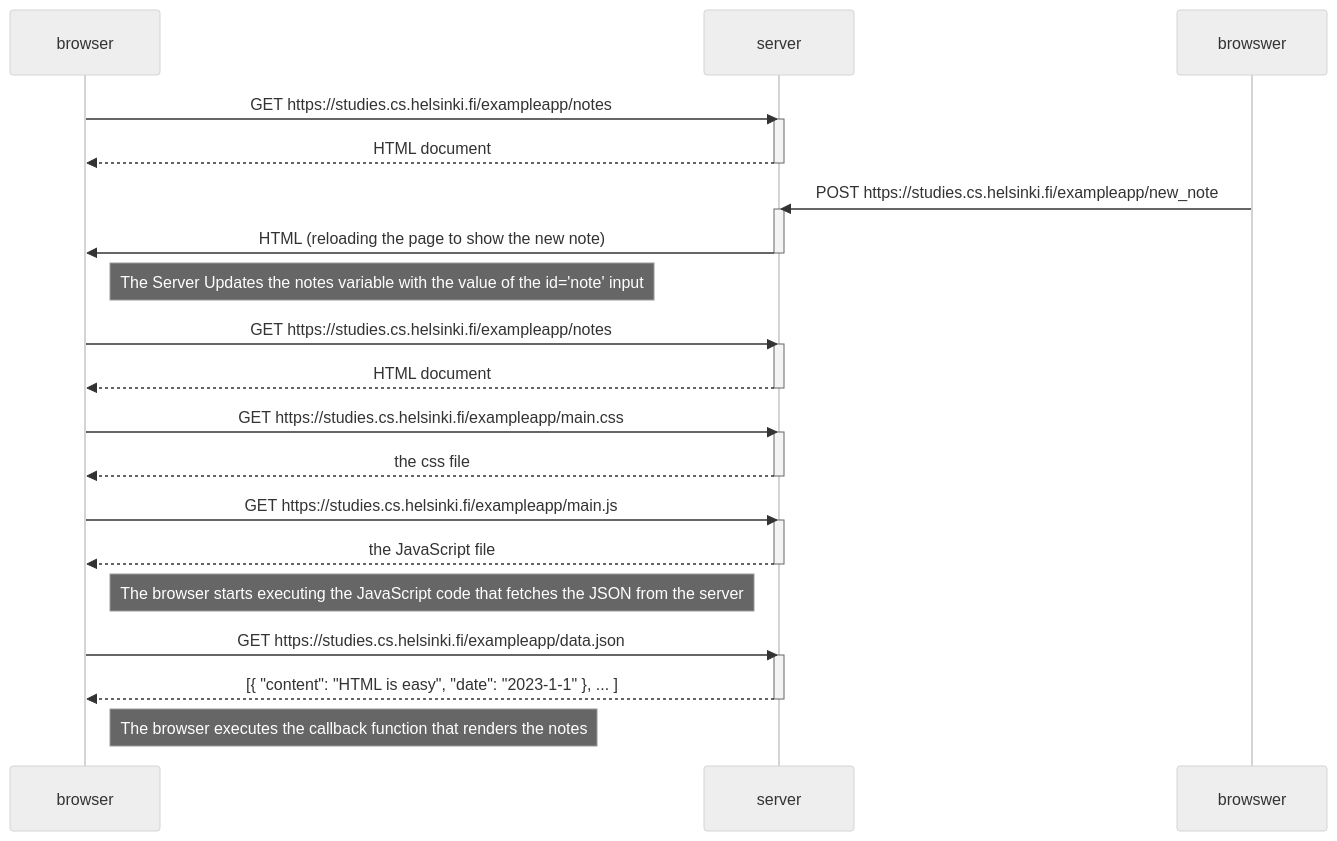
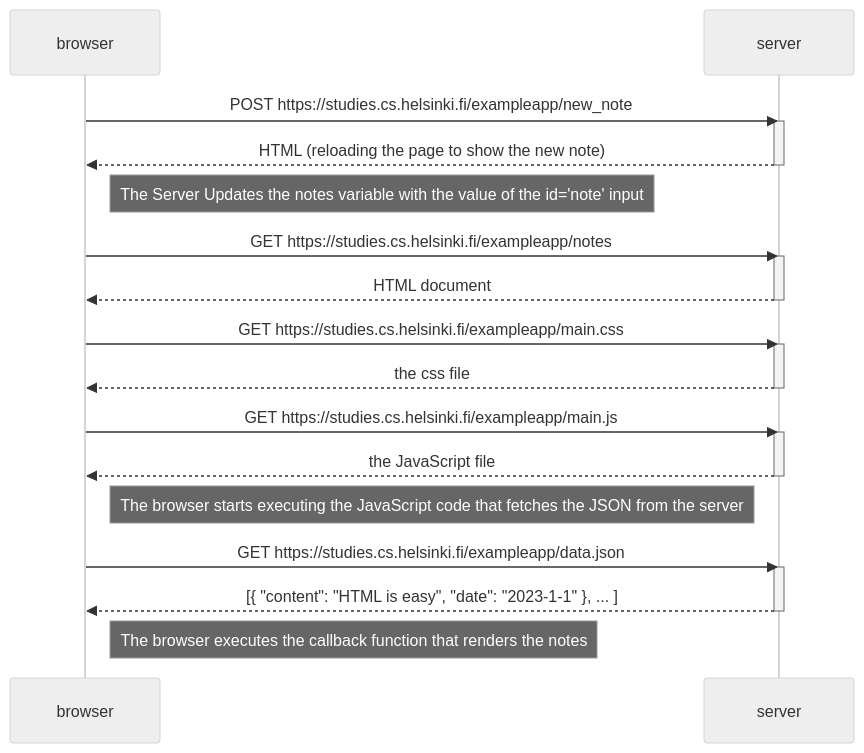
One commit to aeronjay/FSO-Submissions changed the diagram in part0/0.4-NewNoteDiagram.md. Above: the diagram before and after it, drawn with Mermaid (neutral theme).

````diff
--- a/part0/0.4-NewNoteDiagram.md
+++ b/part0/0.4-NewNoteDiagram.md
@@ -1,42 +1,37 @@
 ```mermaid
 sequenceDiagram
     participant browser
     participant server
 
-    browser->>server: GET https://studies.cs.helsinki.fi/exampleapp/notes
+    browser->>server: POST https://studies.cs.helsinki.fi/exampleapp/new_note
     activate server
-    server-->>browser: HTML document
-    deactivate server
-
-    browswer->>server: POST https://studies.cs.helsinki.fi/exampleapp/new_note
-    activate server
-    server->>browser: HTML (reloading the page to show the new note)
+    server-->>browser: HTML (reloading the page to show the new note)
     deactivate server
 
     Note right of browser: The Server Updates the notes variable with the value of the id='note' input
     
 
     browser->>server: GET https://studies.cs.helsinki.fi/exampleapp/notes
     activate server
     server-->>browser: HTML document
     deactivate server
 
     browser->>server: GET https://studies.cs.helsinki.fi/exampleapp/main.css
     activate server
     server-->>browser: the css file
     deactivate server
 
     browser->>server: GET https://studies.cs.helsinki.fi/exampleapp/main.js
     activate server
     server-->>browser: the JavaScript file
     deactivate server
 
     Note right of browser: The browser starts executing the JavaScript code that fetches the JSON from the server
 
     browser->>server: GET https://studies.cs.helsinki.fi/exampleapp/data.json
     activate server
     server-->>browser: [{ "content": "HTML is easy", "date": "2023-1-1" }, ... ]
     deactivate server
 
     Note right of browser: The browser executes the callback function that renders the notes
 ```
````
